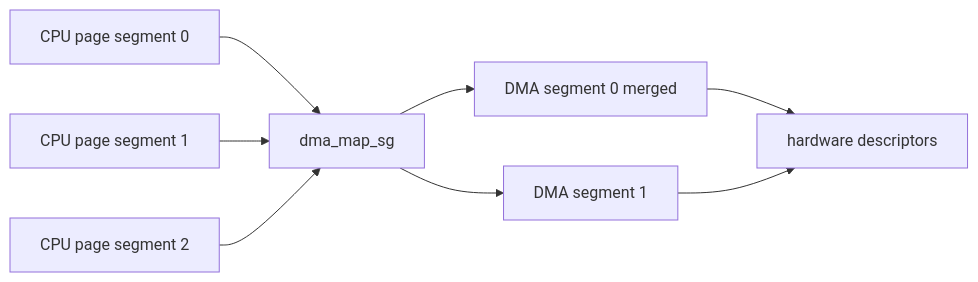
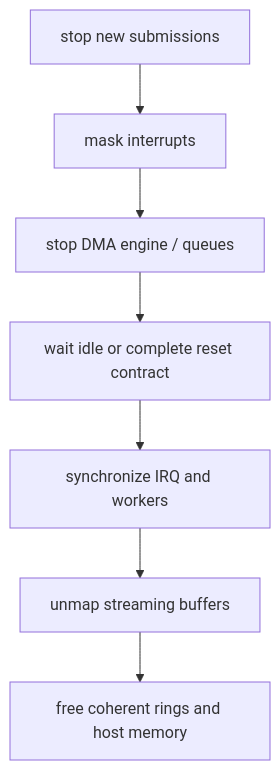
One commit to cdragon-ljl/EEandEdgeAI changed the third of 3 diagrams in docs/articles/pcie/pci-08-dma-api-memory-order.md. Above: the diagram before and after it, drawn with Mermaid. The commit also changed other lines of this file and 4 other files, not shown here.

````diff
--- a/docs/articles/pcie/pci-08-dma-api-memory-order.md
+++ b/docs/articles/pcie/pci-08-dma-api-memory-order.md
@@ -221,10 +214,9 @@
 ```mermaid
-flowchart LR
-    P0[CPU page segment 0] --> MAP[dma_map_sg]
-    P1[CPU page segment 1] --> MAP
-    P2[CPU page segment 2] --> MAP
-    MAP --> D0[DMA segment 0 merged]
-    MAP --> D1[DMA segment 1]
-    D0 --> DESC[hardware descriptors]
-    D1 --> DESC
+flowchart TD
+    STOP[stop new submissions] --> MASK[mask interrupts]
+    MASK --> HALT[stop DMA engine / queues]
+    HALT --> WAIT[wait idle or complete reset contract]
+    WAIT --> SYNC[synchronize IRQ and workers]
+    SYNC --> UNMAP[unmap streaming buffers]
+    UNMAP --> FREE[free coherent rings and host memory]
 ```
````
